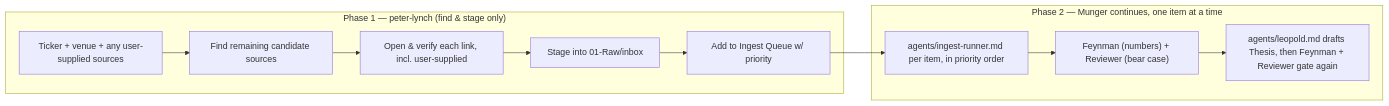
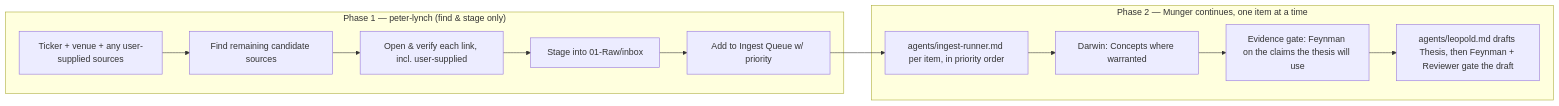
The diagram in .agents/skills/research/SKILL.md (Migchw/llm-wiki-starter), drawn with Mermaid before and after one commit. The commit also changed other lines of this file and 149 other files, not shown here.

First line of the commit message:
Add dashboard, swimlane flows, usage guide, inbox watcher; slim agents and skills

````diff
--- a/.agents/skills/research/SKILL.md
+++ b/.agents/skills/research/SKILL.md
@@ -10,14 +10,15 @@
 ```mermaid
 flowchart LR
   subgraph Phase1["Phase 1 — peter-lynch (find & stage only)"]
     T[Ticker + venue + any user-supplied sources] --> F[Find remaining candidate sources]
     F --> V[Open & verify each link, incl. user-supplied]
     V --> R[Stage into 01-Raw/inbox]
     R --> Q[Add to Ingest Queue w/ priority]
   end
   subgraph Phase2["Phase 2 — Munger continues, one item at a time"]
     Q --> IG["agents/ingest-runner.md per item, in priority order"]
-    IG --> QG["Feynman (numbers) + Reviewer (bear case)"]
-    QG --> TH["agents/leopold.md drafts Thesis, then Feynman + Reviewer gate again"]
+    IG --> DW["Darwin: Concepts where warranted"]
+    DW --> QG["Evidence gate: Feynman on the claims the thesis will use"]
+    QG --> TH["agents/leopold.md drafts Thesis, then Feynman + Reviewer gate the draft"]
   end
 ```
````
